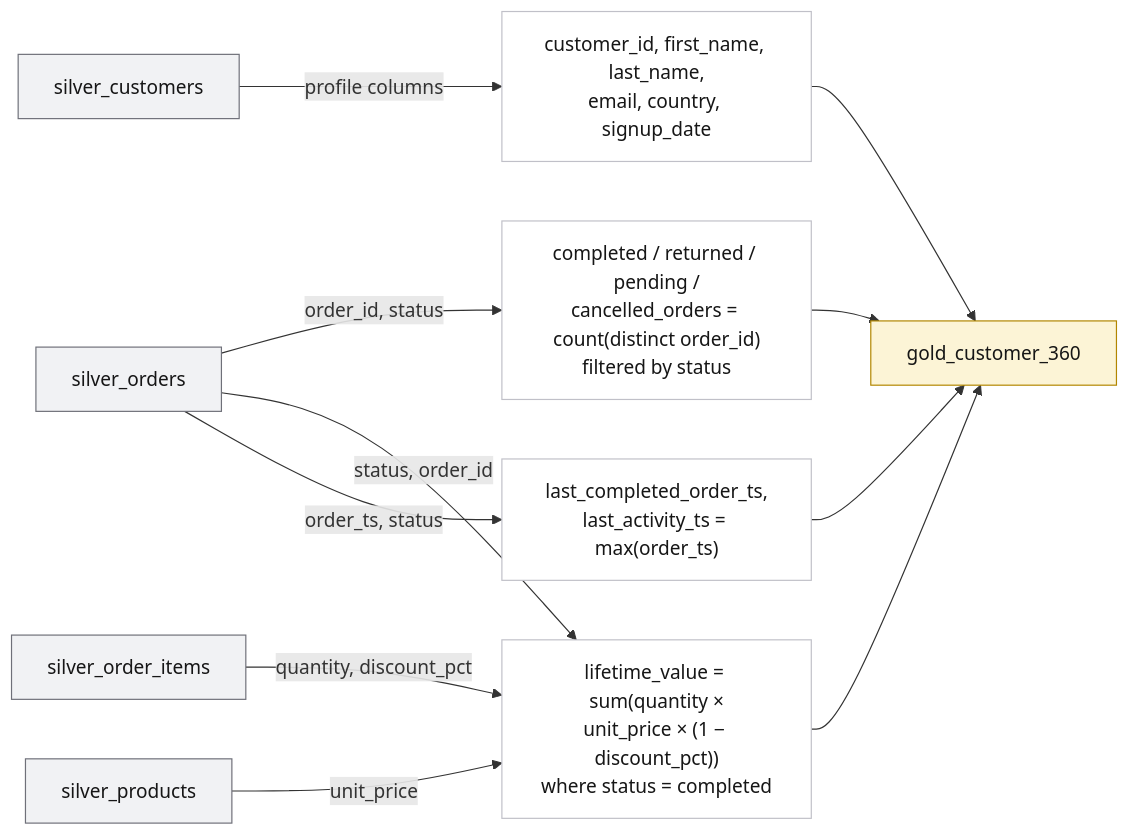
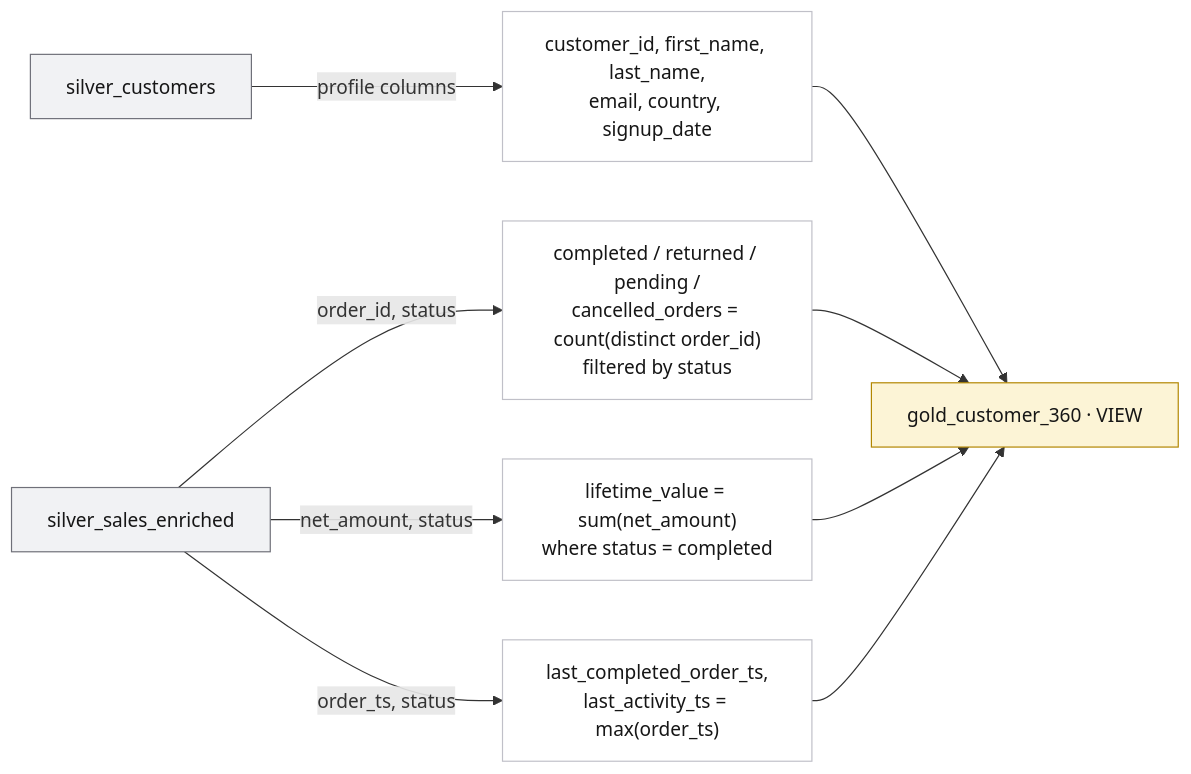
One commit to aseelert/ibmas-watsonxdata-dbt changed the fifth of 5 diagrams in docs/lineage.md. Above: the diagram before and after it, drawn with Mermaid. The commit also changed other lines of this file and 23 other files, not shown here.

First line of the commit message:
Databricks-style medallion: enriched silver + gold table/view, redesigned docs

````diff
--- a/docs/lineage.md
+++ b/docs/lineage.md
@@ -264,28 +370,24 @@
 ```mermaid
 flowchart LR
   classDef silver fill:#f1f2f4,stroke:#6f7079,color:#161616;
   classDef gold   fill:#fcf4d6,stroke:#b28600,color:#161616;
   classDef col    fill:#ffffff,stroke:#c0c0c8,color:#161616;
 
   c["silver_customers"]:::silver
-  o["silver_orders"]:::silver
-  i["silver_order_items"]:::silver
-  p["silver_products"]:::silver
+  se["silver_sales_enriched"]:::silver
 
   prof["customer_id, first_name, last_name,<br>email, country, signup_date"]:::col
   cnt["completed / returned / pending /<br>cancelled_orders = count(distinct order_id)<br>filtered by status"]:::col
-  ltv["lifetime_value = sum(quantity ×<br>unit_price × (1 − discount_pct))<br>where status = completed"]:::col
+  ltv["lifetime_value = sum(net_amount)<br>where status = completed"]:::col
   ts["last_completed_order_ts,<br>last_activity_ts = max(order_ts)"]:::col
 
   c -->|profile columns| prof
-  o -->|order_id, status| cnt
-  o -->|status, order_id| ltv
-  i -->|quantity, discount_pct| ltv
-  p -->|unit_price| ltv
-  o -->|order_ts, status| ts
+  se -->|order_id, status| cnt
+  se -->|net_amount, status| ltv
+  se -->|order_ts, status| ts
 
-  prof --> G["gold_customer_360"]:::gold
+  prof --> G["gold_customer_360 · VIEW"]:::gold
   cnt --> G
   ltv --> G
   ts --> G
 ```
````
